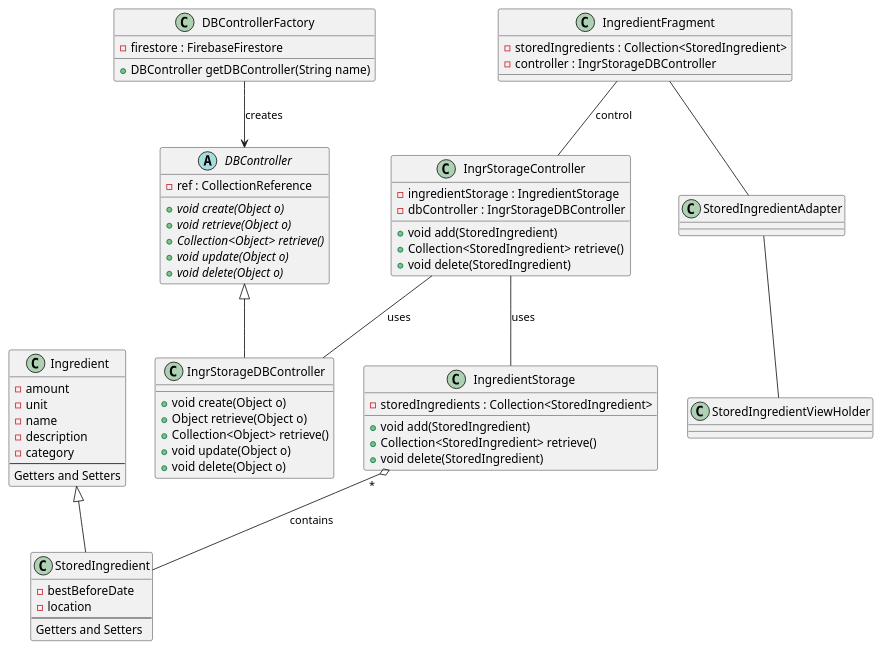
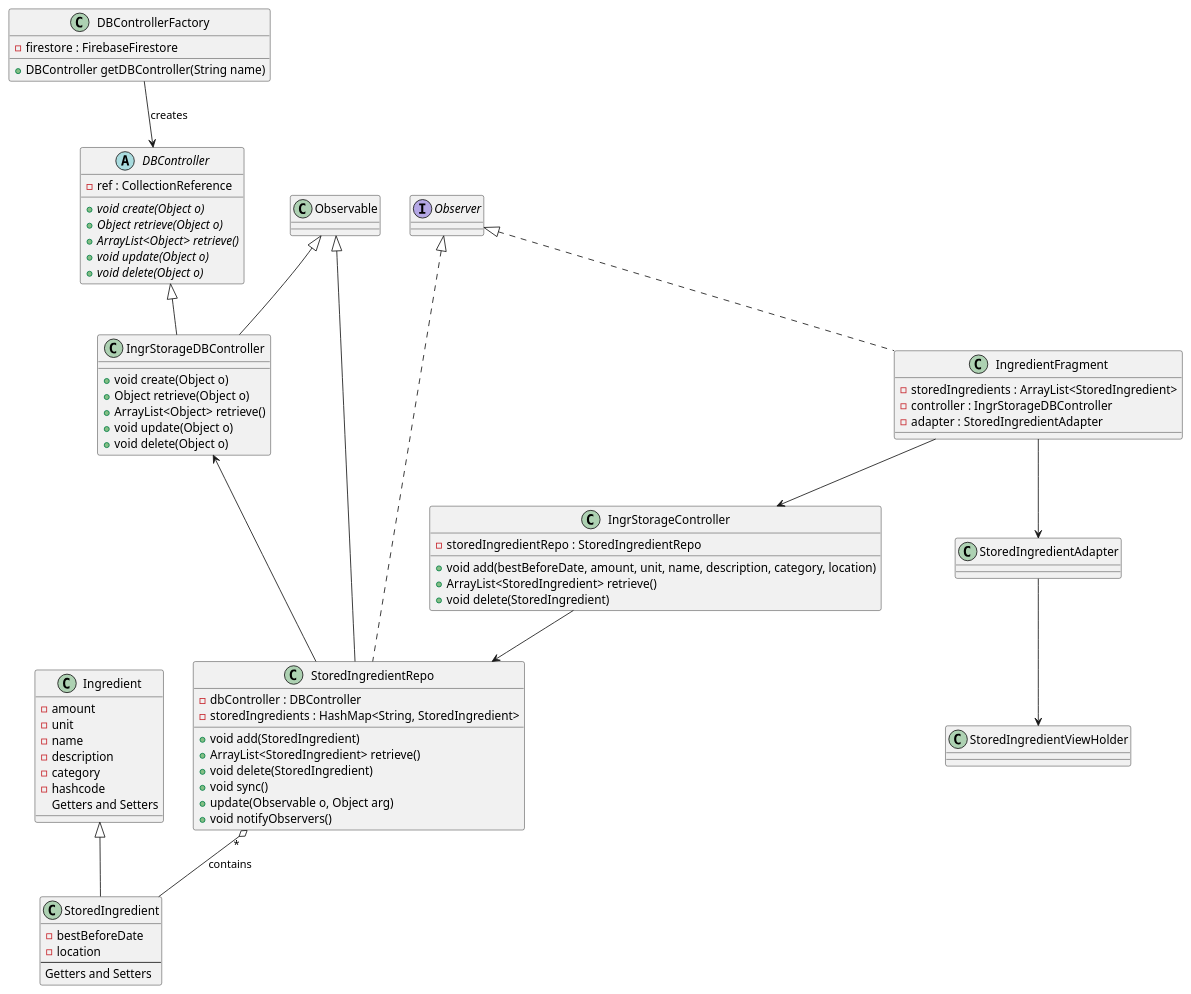
One commit to CMPUT301F22T04/nosh changed the diagram in uml/Ingredient.puml. Above: the diagram before and after it, drawn with PlantUML. The commit also changed 8 other files, not shown here.

```diff
--- a/uml/Ingredient.puml
+++ b/uml/Ingredient.puml
@@ -1,78 +1,126 @@
 @startuml
 'https://plantuml.com/class-diagram
 
-Ingredient <|-- StoredIngredient
-IngredientStorage "*" o-- StoredIngredient : contains
+together {
+    class IngredientFragment
+    class StoredIngredientAdapter
+    class StoredIngredientViewHolder
+}
+
+IngredientFragment --> IngrStorageController
+IngredientFragment --> StoredIngredientAdapter
+StoredIngredientAdapter --> StoredIngredientViewHolder
+
+
+together {
+    class DBControllerFactory
+    class DBController
+    class IngrStorageDBController
+}
 
 DBController <|-- IngrStorageDBController
-
 DBControllerFactory --> DBController : creates
 
-IngrStorageController -- IngredientStorage : uses
-IngrStorageController -- IngrStorageDBController : uses
 
-IngredientFragment -- IngrStorageController : control
-IngredientFragment -- StoredIngredientAdapter
-StoredIngredientAdapter -- StoredIngredientViewHolder
+together {
+    class Ingredient
+    class StoredIngredient
+}
+
+Ingredient <|-- StoredIngredient
+StoredIngredientRepo "*" o-- StoredIngredient : contains
+
+
+together {
+    class StoredIngredientRepo
+    class IngrStorageController
+}
+
+IngrStorageController --> StoredIngredientRepo
+
+IngrStorageDBController <-- StoredIngredientRepo
+
+
+together {
+    class Observable
+    interface Observer
+}
+
+Observer <|.. IngredientFragment
+Observer <|.. StoredIngredientRepo
+
+Observable <|-- IngrStorageDBController
+Observable <|-- StoredIngredientRepo
+
+class Observable {
+
+}
+
+interface Observer {
+
+}
 
 class Ingredient {
     - amount
     - unit
     - name
     - description
     - category
-    --
+    - hashcode
     Getters and Setters
 }
 
 class StoredIngredient {
     - bestBeforeDate
     - location
     --
     Getters and Setters
 }
 
-class IngredientStorage {
-    - storedIngredients : Collection<StoredIngredient>
+class StoredIngredientRepo {
+    - dbController : DBController
+    - storedIngredients : HashMap<String, StoredIngredient>
     + void add(StoredIngredient)
-    + Collection<StoredIngredient> retrieve()
+    + ArrayList<StoredIngredient> retrieve()
     + void delete(StoredIngredient)
+    + void sync()
+    + update(Observable o, Object arg)
+    + void notifyObservers()
 }
 
 class DBControllerFactory {
     - firestore : FirebaseFirestore
     + DBController getDBController(String name)
 }
 
 abstract class DBController {
     - ref : CollectionReference
     + {abstract} void create(Object o)
-    + {abstract} void retrieve(Object o)
-    + {abstract} Collection<Object> retrieve()
+    + {abstract} Object retrieve(Object o)
+    + {abstract} ArrayList<Object> retrieve()
     + {abstract} void update(Object o)
     + {abstract} void delete(Object o)
 }
 
 class IngrStorageDBController {
     + void create(Object o)
     + Object retrieve(Object o)
-    + Collection<Object> retrieve()
+    + ArrayList<Object> retrieve()
     + void update(Object o)
     + void delete(Object o)
 }
 
 class IngrStorageController {
-    - ingredientStorage : IngredientStorage
-    - dbController : IngrStorageDBController
-    + void add(StoredIngredient)
-    + Collection<StoredIngredient> retrieve()
+    - storedIngredientRepo : StoredIngredientRepo
+    + void add(bestBeforeDate, amount, unit, name, description, category, location)
+    + ArrayList<StoredIngredient> retrieve()
     + void delete(StoredIngredient)
 }
 
 class IngredientFragment {
-    - storedIngredients : Collection<StoredIngredient>
+    - storedIngredients : ArrayList<StoredIngredient>
     - controller : IngrStorageDBController
-    
+    - adapter : StoredIngredientAdapter
 }
 
 @enduml
```
